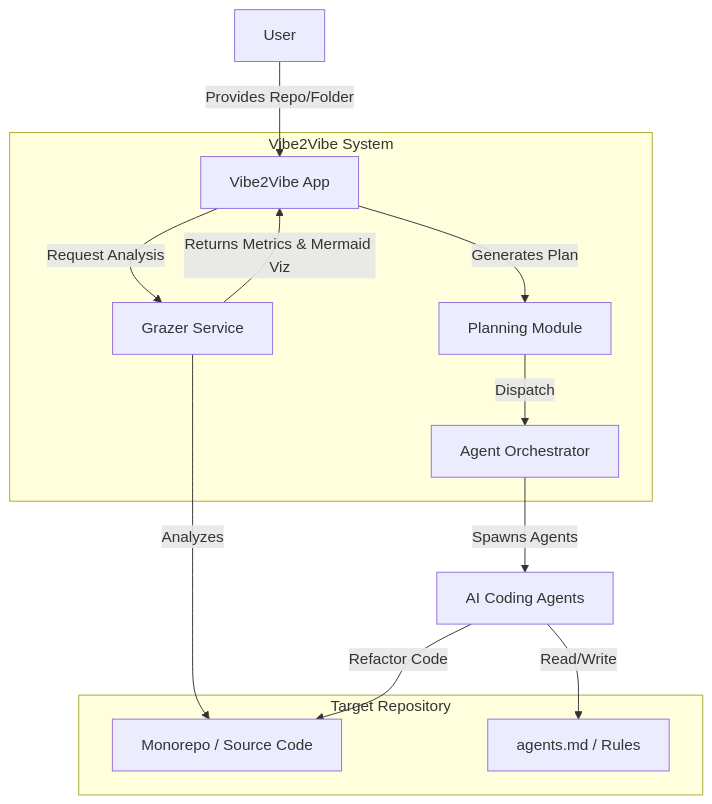
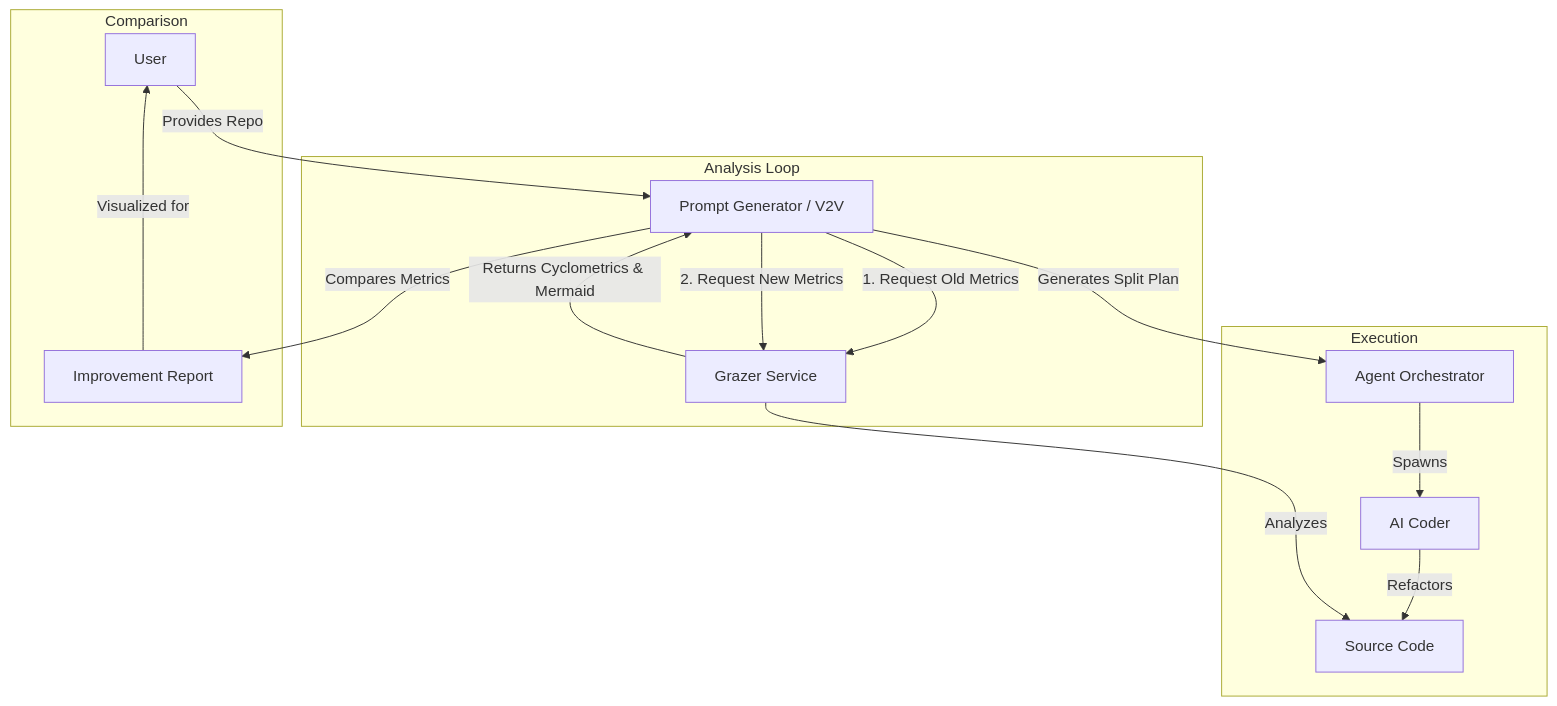
The diagram in diagrams/architecture.mmd (kirilligum/vibe2vibe-hackathon-251206), drawn with Mermaid before and after one commit. The commit also changed 3 other files, not shown here.

Commit message:
docs: Update architecture and workflow diagrams

```diff
--- a/diagrams/architecture.mmd
+++ b/diagrams/architecture.mmd
@@ -1,16 +1,21 @@
 graph TD
-    User[User] -->|Provides Repo/Folder| V2V[Vibe2Vibe App]
-    subgraph "Vibe2Vibe System"
-        V2V -->|Request Analysis| Grazer[Grazer Service]
-        Grazer -->|Returns Metrics & Mermaid Viz| V2V
-        V2V -->|Generates Plan| Planner[Planning Module]
-        Planner -->|Dispatch| AgentOrch[Agent Orchestrator]
+    User[User] -->|Provides Repo| PG[Prompt Generator / V2V]
+    
+    subgraph "Analysis Loop"
+        PG -->|1. Request Old Metrics| Grazer[Grazer Service]
+        PG -->|2. Request New Metrics| Grazer
+        Grazer -->|Returns Cyclometrics & Mermaid| PG
     end
-    subgraph "Target Repository"
-        Repo[Monorepo / Source Code]
-        Config[agents.md / Rules]
+
+    subgraph "Execution"
+        PG -->|Generates Split Plan| AgentOrch[Agent Orchestrator]
+        AgentOrch -->|Spawns| Agent[AI Coder]
+        Agent -->|Refactors| Repo[Source Code]
     end
+
+    subgraph "Comparison"
+        PG -->|Compares Metrics| Diff[Improvement Report]
+        Diff -->|Visualized for| User
+    end
+
     Grazer -- Analyzes --> Repo
-    AgentOrch -- Spawns Agents --> Agents[AI Coding Agents]
-    Agents -- Read/Write --> Config
-    Agents -- Refactor Code --> Repo
```
